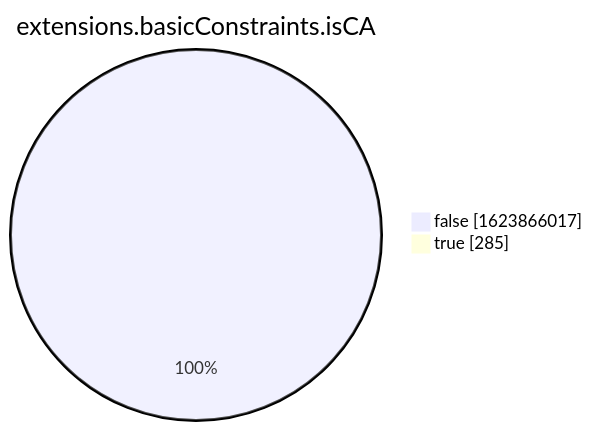
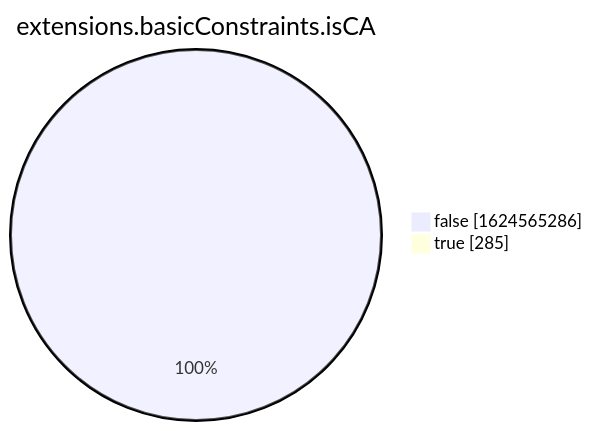
One commit to christiankrug/ctmonitor_visualization changed the eighth of 15 diagrams in xenon2022/README.md. Above: the diagram before and after it, drawn with Mermaid. The commit also changed other lines of this file, not shown here.

````diff
--- a/xenon2022/README.md
+++ b/xenon2022/README.md
@@ -2863,6 +2863,6 @@
 ```mermaid
 pie showData
 title extensions.basicConstraints.isCA
-"false" :1623866017
+"false" :1624565286
 "true" :285
 ```
````
